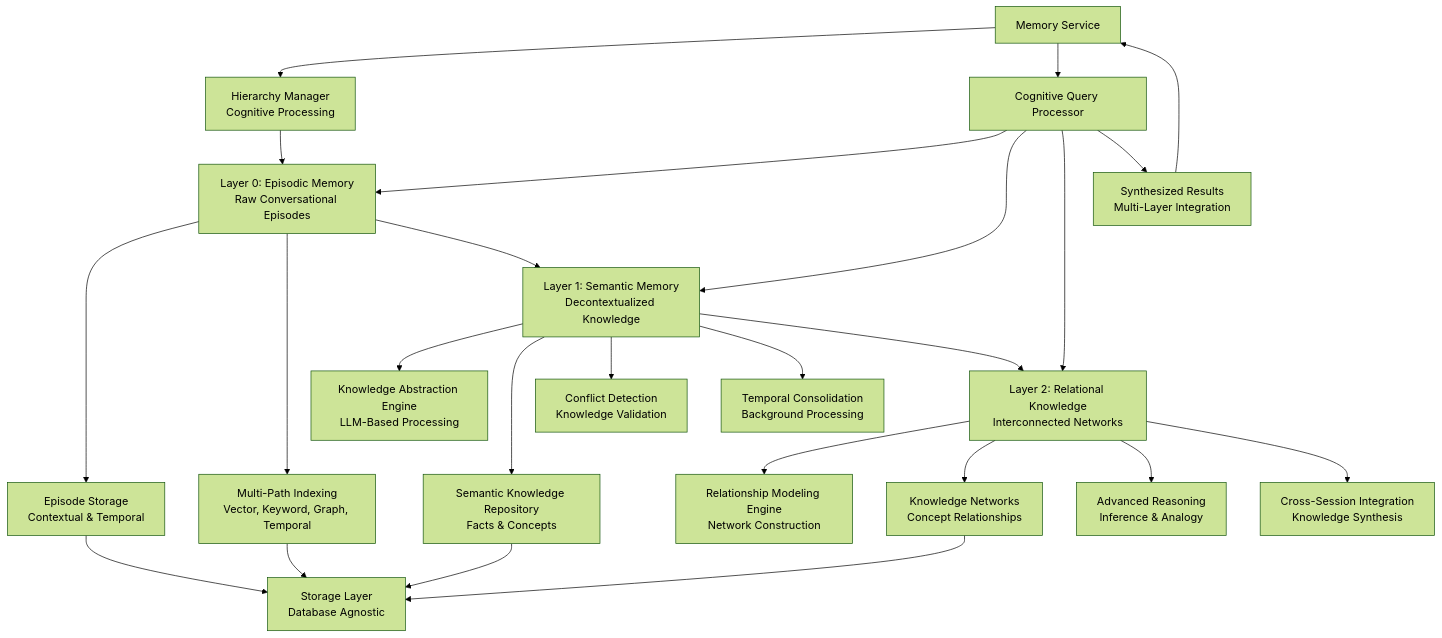
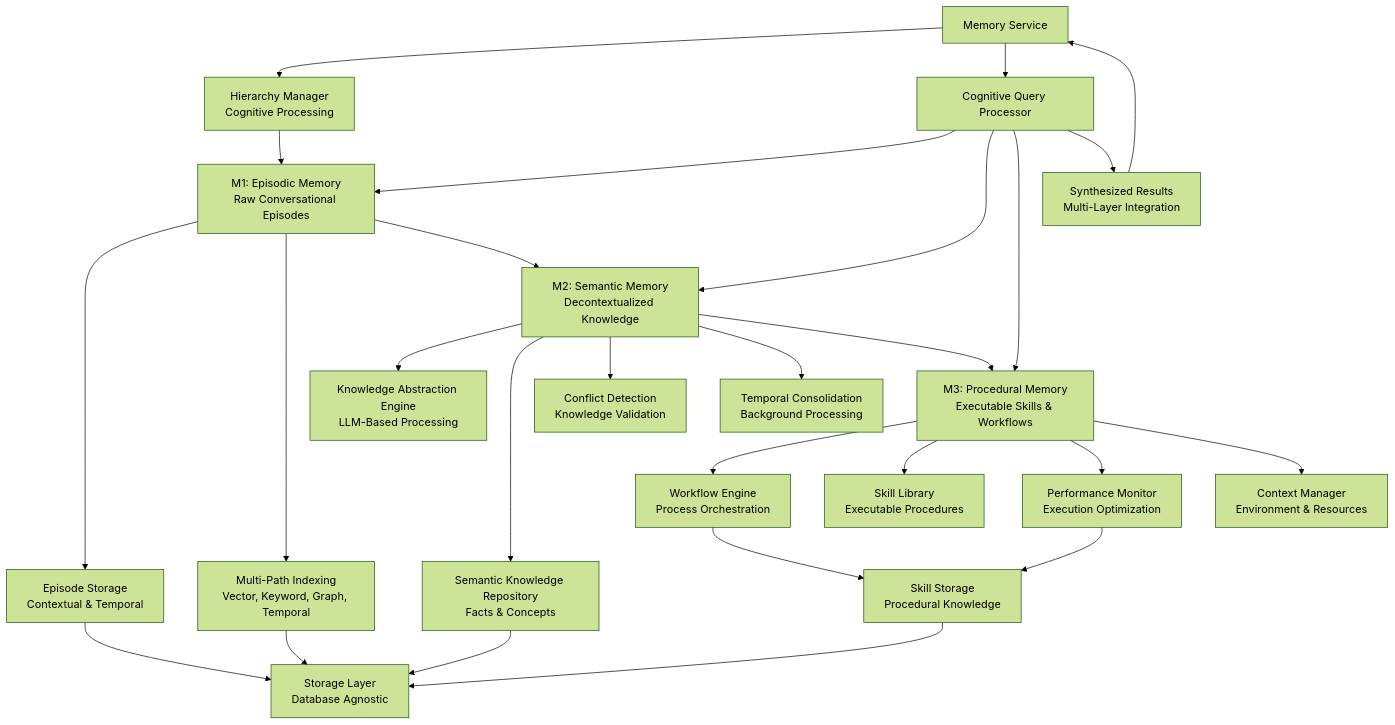
The fifth of 8 diagrams in docs/architecture/memory.md (memfuse/memfuse), drawn with Mermaid (forest theme) before and after one commit. The commit also changed other lines of this file and 17 other files, not shown here.

First line of the commit message:
feat(memory): update memory layer architecture and introduce M3 layer

````diff
--- a/docs/architecture/memory.md
+++ b/docs/architecture/memory.md
@@ -1050,38 +1125,40 @@
 ```mermaid
 graph TB
     %% Memory Service Layer
     MS[Memory Service] --> HM[Hierarchy Manager<br/>Cognitive Processing]
 
-    %% Layer 0: Episodic Memory
-    HM --> M0[Layer 0: Episodic Memory<br/>Raw Conversational Episodes]
-    M0 --> ES[Episode Storage<br/>Contextual & Temporal]
-    M0 --> MI[Multi-Path Indexing<br/>Vector, Keyword, Graph, Temporal]
+    %% M1: Episodic Memory
+    HM --> M1[M1: Episodic Memory<br/>Raw Conversational Episodes]
+    M1 --> ES[Episode Storage<br/>Contextual & Temporal]
+    M1 --> MI[Multi-Path Indexing<br/>Vector, Keyword, Graph, Temporal]
 
-    %% Layer 1: Semantic Memory
-    M0 --> M1[Layer 1: Semantic Memory<br/>Decontextualized Knowledge]
-    M1 --> KAE[Knowledge Abstraction Engine<br/>LLM-Based Processing]
-    M1 --> SKR[Semantic Knowledge Repository<br/>Facts & Concepts]
-    M1 --> CD[Conflict Detection<br/>Knowledge Validation]
-    M1 --> TC[Temporal Consolidation<br/>Background Processing]
+    %% M2: Semantic Memory
+    M1 --> M2[M2: Semantic Memory<br/>Decontextualized Knowledge]
+    M2 --> KAE[Knowledge Abstraction Engine<br/>LLM-Based Processing]
+    M2 --> SKR[Semantic Knowledge Repository<br/>Facts & Concepts]
+    M2 --> CD[Conflict Detection<br/>Knowledge Validation]
+    M2 --> TC[Temporal Consolidation<br/>Background Processing]
 
-    %% Layer 2: Relational Knowledge
-    M1 --> M2[Layer 2: Relational Knowledge<br/>Interconnected Networks]
-    M2 --> RME[Relationship Modeling Engine<br/>Network Construction]
-    M2 --> KN[Knowledge Networks<br/>Concept Relationships]
-    M2 --> AR[Advanced Reasoning<br/>Inference & Analogy]
-    M2 --> CSI[Cross-Session Integration<br/>Knowledge Synthesis]
+    %% M3: Procedural Memory
+    M2 --> M3[M3: Procedural Memory<br/>Executable Skills & Workflows]
+    M3 --> WE[Workflow Engine<br/>Process Orchestration]
+    M3 --> SKILL_LIB[Skill Library<br/>Executable Procedures]
+    M3 --> PM[Performance Monitor<br/>Execution Optimization]
+    M3 --> CM[Context Manager<br/>Environment & Resources]
 
     %% Storage Layer Abstraction
-    ES --> SL[Storage Layer<br/>Database Agnostic]
-    MI --> SL
-    SKR --> SL
-    KN --> SL
+    ES --> STORAGE[Storage Layer<br/>Database Agnostic]
+    MI --> STORAGE
+    SKR --> STORAGE
+    SL_PROC[Skill Storage<br/>Procedural Knowledge] --> STORAGE
+    WE --> SL_PROC
+    PM --> SL_PROC
 
     %% Query Processing
     MS --> QP[Cognitive Query Processor]
-    QP --> M0
     QP --> M1
     QP --> M2
+    QP --> M3
     QP --> QR[Synthesized Results<br/>Multi-Layer Integration]
     QR --> MS
 ```
````
